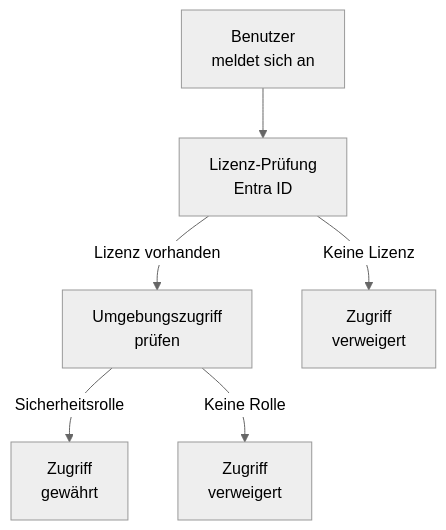
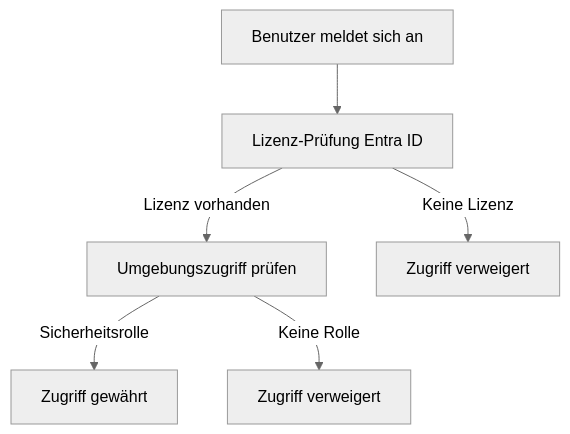
Before and after one commit to SoniiiT/notes-n-docs: the sixth of 6 diagrams in Microsoft 365/Dynamics 365/Dynamics 365 Administration.md, drawn with Mermaid (neutral theme). The commit also changed other lines of this file and 124 other files, not shown here.

First line of the commit message:
fix: Entferne \n aus allen Mermaid-Diagrammen (125 Dateien)

````diff
--- a/Microsoft 365/Dynamics 365/Dynamics 365 Administration.md
+++ b/Microsoft 365/Dynamics 365/Dynamics 365 Administration.md
@@ -441,8 +441,8 @@
 ```mermaid
 graph TD
-    USER2[Benutzer\nmeldet sich an] --> LIC[Lizenz-Prüfung\nEntra ID]
-    LIC -->|Lizenz vorhanden| ENV3[Umgebungszugriff\nprüfen]
-    LIC -->|Keine Lizenz| BLOCK2[Zugriff\nverweigert]
-    ENV3 -->|Sicherheitsrolle| ACCESS[Zugriff\ngewährt]
-    ENV3 -->|Keine Rolle| BLOCK3[Zugriff\nverweigert]
+    USER2[Benutzer meldet sich an] --> LIC[Lizenz-Prüfung Entra ID]
+    LIC -->|Lizenz vorhanden| ENV3[Umgebungszugriff prüfen]
+    LIC -->|Keine Lizenz| BLOCK2[Zugriff verweigert]
+    ENV3 -->|Sicherheitsrolle| ACCESS[Zugriff gewährt]
+    ENV3 -->|Keine Rolle| BLOCK3[Zugriff verweigert]
 ```
````
